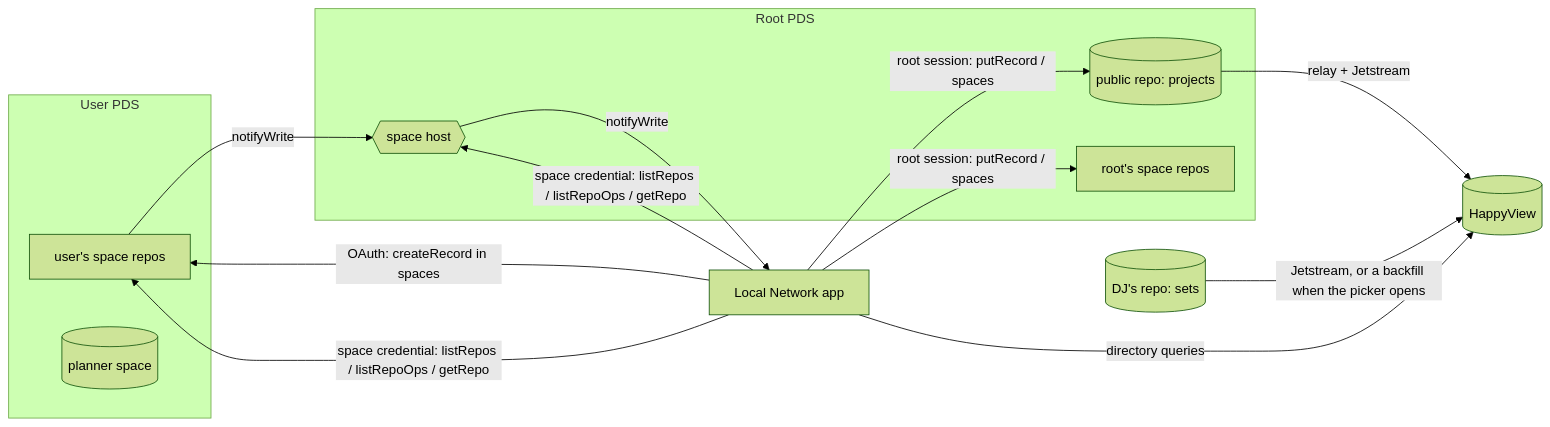
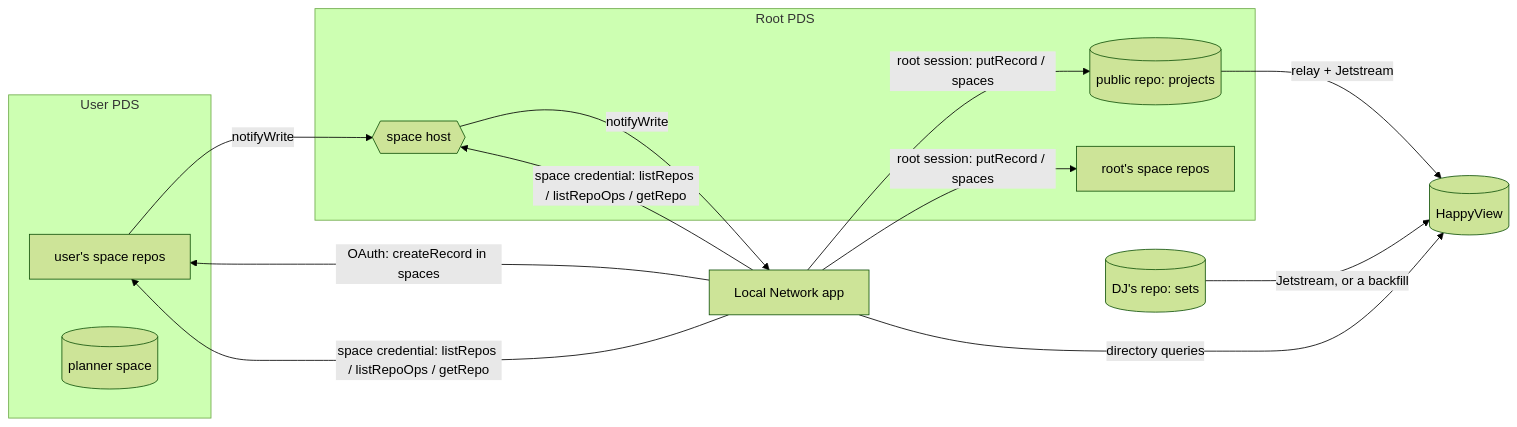
The diagram in apps/web/README.md (cutenode/localnetwork), drawn with Mermaid (forest theme) before and after one commit. The commit also changed other lines of this file and 52 other files, not shown here.

Commit message:
website: who played my track, and charts of what DJs play

````diff
--- a/apps/web/README.md
+++ b/apps/web/README.md
@@ -69,21 +77,21 @@
 ```mermaid
 flowchart LR
   subgraph User PDS
     UR[user's space repos]
     PL[(planner space)]
   end
   subgraph Root PDS
     PUB[(public repo: projects)]
     RS[root's space repos]
     SH{{space host}}
   end
   App[Local Network app]
   App -- OAuth: createRecord in spaces --> UR
   App -- root session: putRecord / spaces --> PUB & RS
   UR -- notifyWrite --> SH
   SH -- notifyWrite --> App
   App -- space credential: listRepos / listRepoOps / getRepo --> SH & UR
   PUB -- relay + Jetstream --> HV[(HappyView)]
-  SETS[(DJ's repo: sets)] -- Jetstream, or a backfill when the picker opens --> HV
+  SETS[(DJ's repo: sets)] -- Jetstream, or a backfill --> HV
   App -- directory queries --> HV
 ```
````
